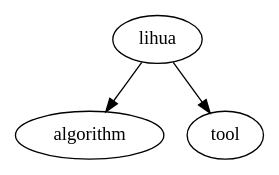
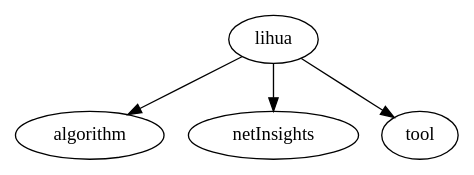
Before and after one commit to panhongrainbow/panhongrainbow.github.io: the diagram in roadmap/subRoadmaps/004lihua_links_category.dot, drawn with Graphviz. The commit also changed 11 other files, not shown here.

First line of the commit message:
📅 diary ➡️ [netInsights] 20231128.

```diff
--- a/roadmap/subRoadmaps/004lihua_links_category.dot
+++ b/roadmap/subRoadmaps/004lihua_links_category.dot
@@ -1,4 +1,5 @@
 digraph SubRoadmap {
     lihua -> algorithm [splines=curved];
+    lihua -> netInsights [splines=curved];
     lihua -> tool [splines=curved];
 /*end*/}
```
